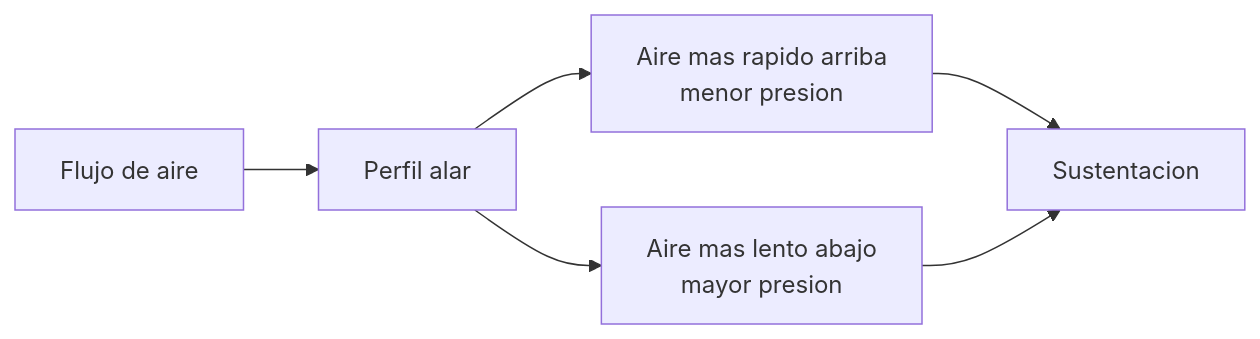
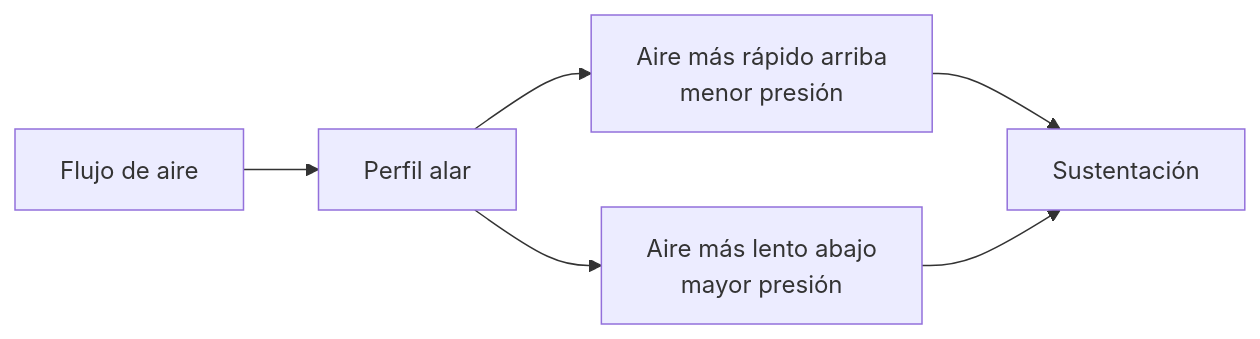
Before and after one commit to vladimiracunadev-create/machine-operator-program: the second of 3 diagrams in vehiculos/aviones-pequenos/operacion/sistemas-mecanicos-avion-pequeno.md, drawn with Mermaid. The commit also changed other lines of this file and 442 other files, not shown here.

````diff
--- a/vehiculos/aviones-pequenos/operacion/sistemas-mecanicos-avion-pequeno.md
+++ b/vehiculos/aviones-pequenos/operacion/sistemas-mecanicos-avion-pequeno.md
@@ -48,8 +48,8 @@
 ```mermaid
 flowchart LR
     Aire[Flujo de aire] --> Perfil[Perfil alar]
-    Perfil --> Arriba[Aire mas rapido arriba<br/>menor presion]
-    Perfil --> Abajo[Aire mas lento abajo<br/>mayor presion]
-    Arriba --> Sust[Sustentacion]
+    Perfil --> Arriba[Aire más rápido arriba<br/>menor presión]
+    Perfil --> Abajo[Aire más lento abajo<br/>mayor presión]
+    Arriba --> Sust[Sustentación]
     Abajo --> Sust
 ```
````
